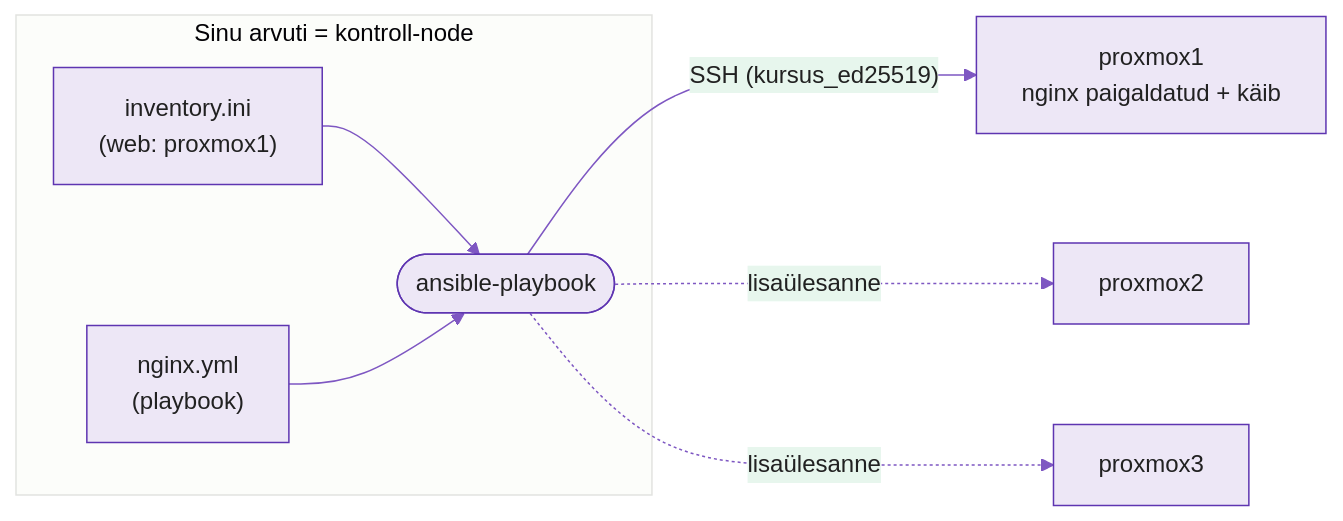
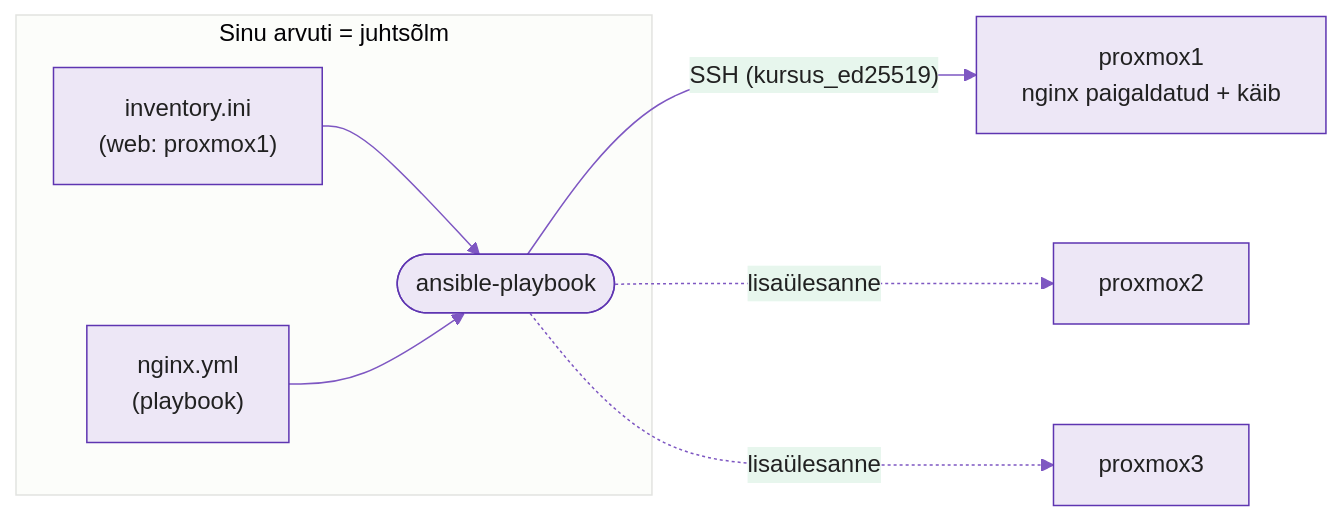
One commit to hkhk-automation/devops changed the diagram in docs/week03/lab.md. Above: the diagram before and after it, drawn with Mermaid. The commit also changed other lines of this file and 1 other file, not shown here.

Commit message:
N3: tööharu tehakse praktikumi alguses, localhost-kõrvaltee välja, creates ja changed=5 küsimus täpsemaks; loengus näited ansible.builtin.package ja ansible_facts kujul, juhtsõlm ja rühm, täpsemad väited (agent, state, check mode, host_key_checking)

````diff
--- a/docs/week03/lab.md
+++ b/docs/week03/lab.md
@@ -25,14 +25,14 @@
 ```mermaid
 %%{init: {'theme':'base','themeVariables':{'primaryColor':'#ede7f6','primaryBorderColor':'#5e35b1','primaryTextColor':'#212121','lineColor':'#7e57c2'}}}%%
 graph LR
-    subgraph SA["Sinu arvuti = kontroll-node"]
+    subgraph SA["Sinu arvuti = juhtsõlm"]
         INV["inventory.ini<br/>(web: proxmox1)"]
         PB["nginx.yml<br/>(playbook)"]
         ANS(["ansible-playbook"])
         INV --> ANS
         PB --> ANS
     end
     ANS -->|"SSH (kursus_ed25519)"| N1["proxmox1<br/>nginx paigaldatud + käib"]
     ANS -. "lisaülesanne" .-> N2[proxmox2]
     ANS -. "lisaülesanne" .-> N3[proxmox3]
 ```
````
